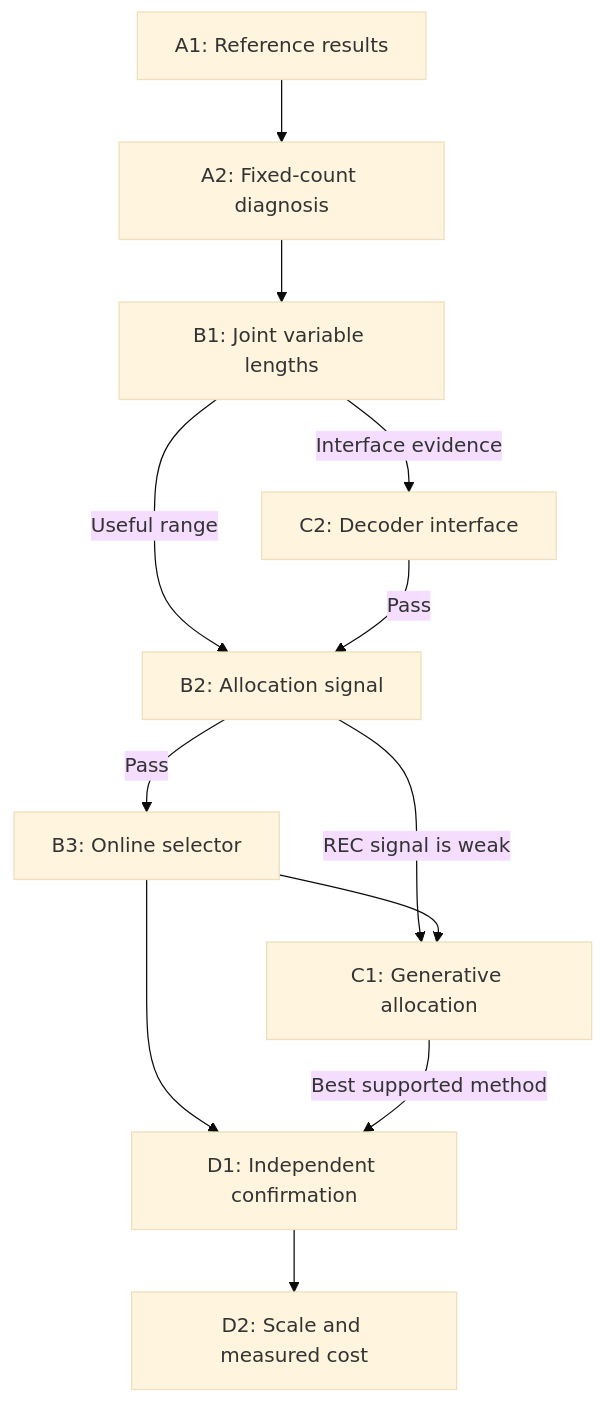
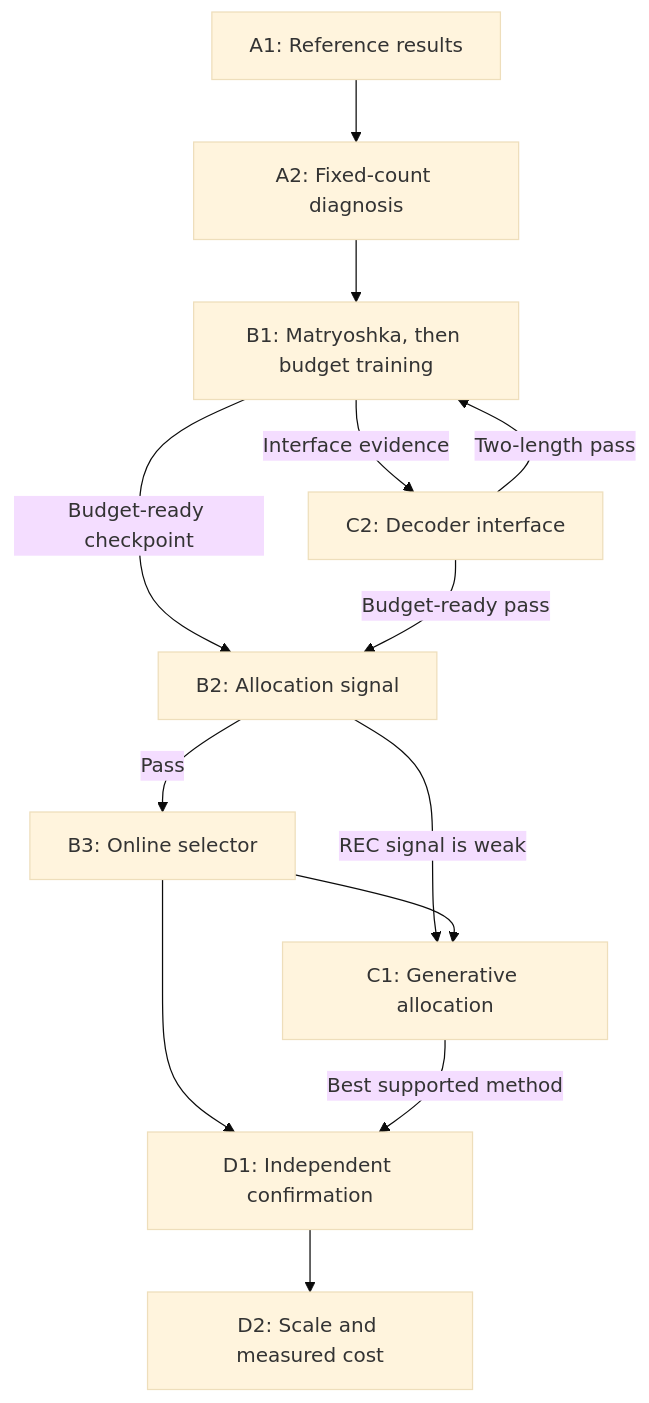
The diagram in pilot_data/inputs/plan.md (kw7243/UNITE-tokenization-generation), drawn with Mermaid (base theme) before and after one commit. The commit also changed other lines of this file and 17 other files, not shown here.

````diff
--- a/pilot_data/inputs/plan.md
+++ b/pilot_data/inputs/plan.md
@@ -133,14 +144,15 @@
 ```mermaid
 flowchart TD
   A1["A1: Reference results"] --> A2["A2: Fixed-count diagnosis"]
-  A2 --> B1["B1: Joint variable lengths"]
-  B1 -->|Useful range| B2["B2: Allocation signal"]
+  A2 --> B1["B1: Matryoshka, then budget training"]
+  B1 -->|Budget-ready checkpoint| B2["B2: Allocation signal"]
   B1 -->|Interface evidence| C2["C2: Decoder interface"]
-  C2 -->|Pass| B2
+  C2 -->|Two-length pass| B1
+  C2 -->|Budget-ready pass| B2
   B2 -->|Pass| B3["B3: Online selector"]
   B2 -->|REC signal is weak| C1["C1: Generative allocation"]
   B3 --> C1
   B3 --> D1["D1: Independent confirmation"]
   C1 -->|Best supported method| D1
   D1 --> D2["D2: Scale and measured cost"]
 ```
````
